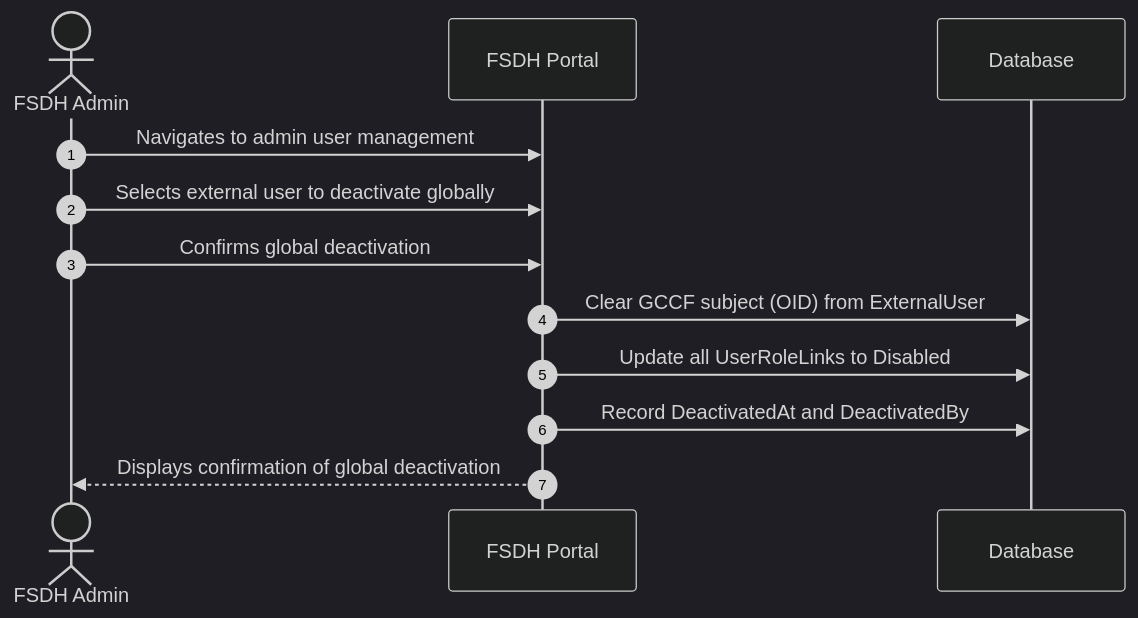
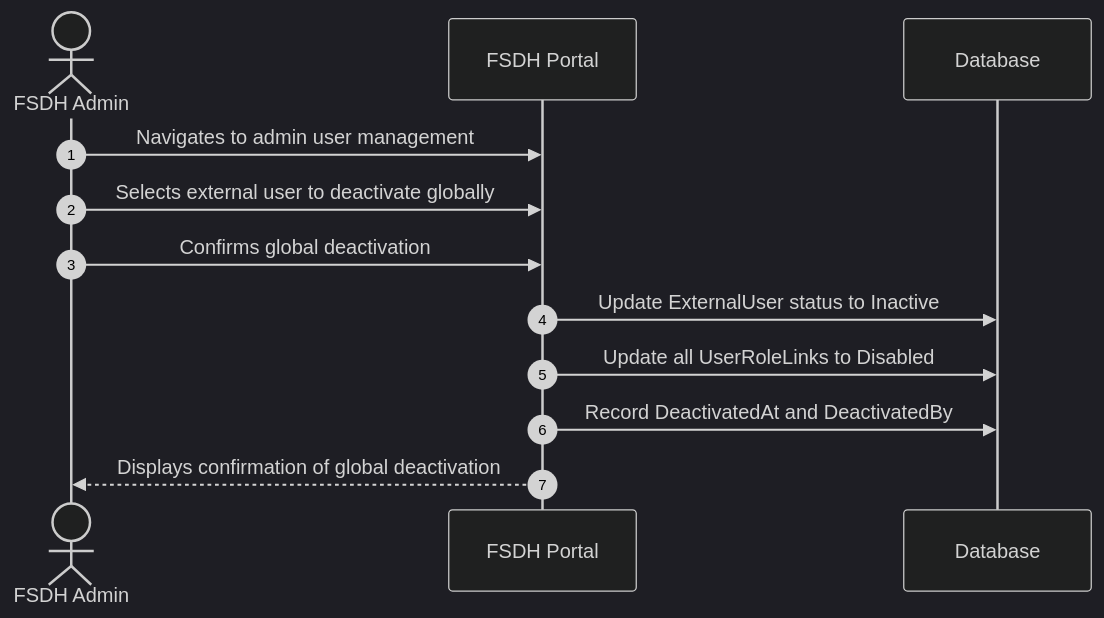
One commit to ssc-sp/datahub-docs changed diagram 13 of 13 in DeveloperGuide/GCCF/oidc_flow.md. Above: the diagram before and after it, drawn with Mermaid (dark theme). The commit also changed other lines of this file, not shown here.

Commit message:
updated flows

````diff
--- a/DeveloperGuide/GCCF/oidc_flow.md
+++ b/DeveloperGuide/GCCF/oidc_flow.md
@@ -344,15 +396,15 @@
 ```mermaid
 sequenceDiagram
     actor Admin as FSDH Admin
     participant FSDH as FSDH Portal
     participant DB as Database
 
     autonumber
     Admin->>FSDH: Navigates to admin user management
     Admin->>FSDH: Selects external user to deactivate globally
     Admin->>FSDH: Confirms global deactivation
-    FSDH->>DB: Clear GCCF subject (OID) from ExternalUser
+    FSDH->>DB: Update ExternalUser status to Inactive
     FSDH->>DB: Update all UserRoleLinks to Disabled
     FSDH->>DB: Record DeactivatedAt and DeactivatedBy
     FSDH-->>Admin: Displays confirmation of global deactivation
 ```
````
